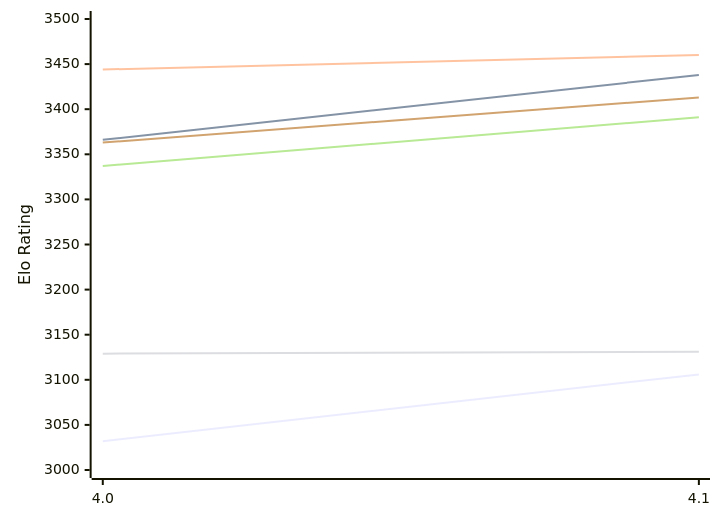
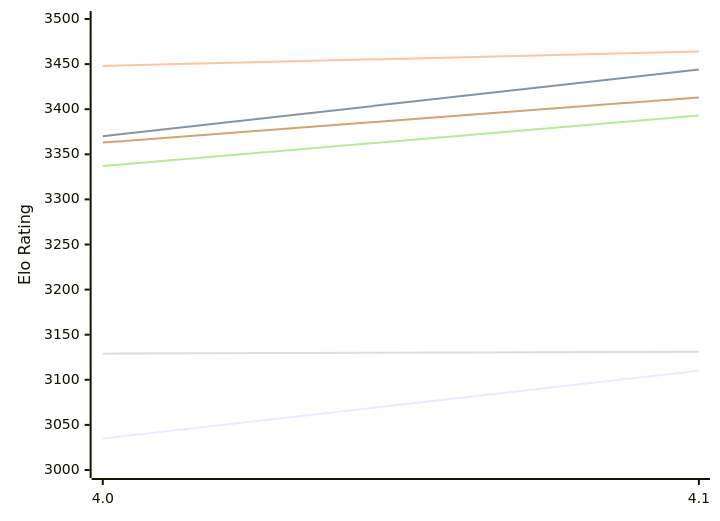
One commit to computer-chess-index/cci changed the first of 2 diagrams in engines/Eleanor.md. Above: the diagram before and after it, drawn with Mermaid. The commit also changed other lines of this file, not shown here.

Commit message:
Update CCI Ratings (ELO VLTC) - 2026-11-22

````diff
--- a/engines/Eleanor.md
+++ b/engines/Eleanor.md
@@ -51,12 +51,12 @@
 ```mermaid
 %%{init: {"theme":"base","themeVariables":{"seriesColors:['#a3a3a3','#222221','#faa371']}}}%%
 xychart-beta
   x-axis ["4.0", "4.1"]
   y-axis "Elo Rating" 3000 --> 3500
-  line "E1: STC (8.0+0.08s)" [3032, 3106]
-  line "E1: LTC (60.0+0.60s)" [3366, 3438]
-  line "E1: VLTC (2m24s+1.12s)" [3444, 3460]
+  line "E1: STC (8.0+0.08s)" [3035, 3110]
+  line "E1: LTC (60.0+0.60s)" [3370, 3444]
+  line "E1: VLTC (2m24s+1.12s)" [3448, 3464]
   line "P1: STC (8.0+0.08s)" [3129, 3131]
-  line "P1: LTC (60.0+0.60s)" [3337, 3391]
+  line "P1: LTC (60.0+0.60s)" [3337, 3393]
   line "P1: VLTC (2m24s+1.12s)" [3363, 3413]
 ```
````
